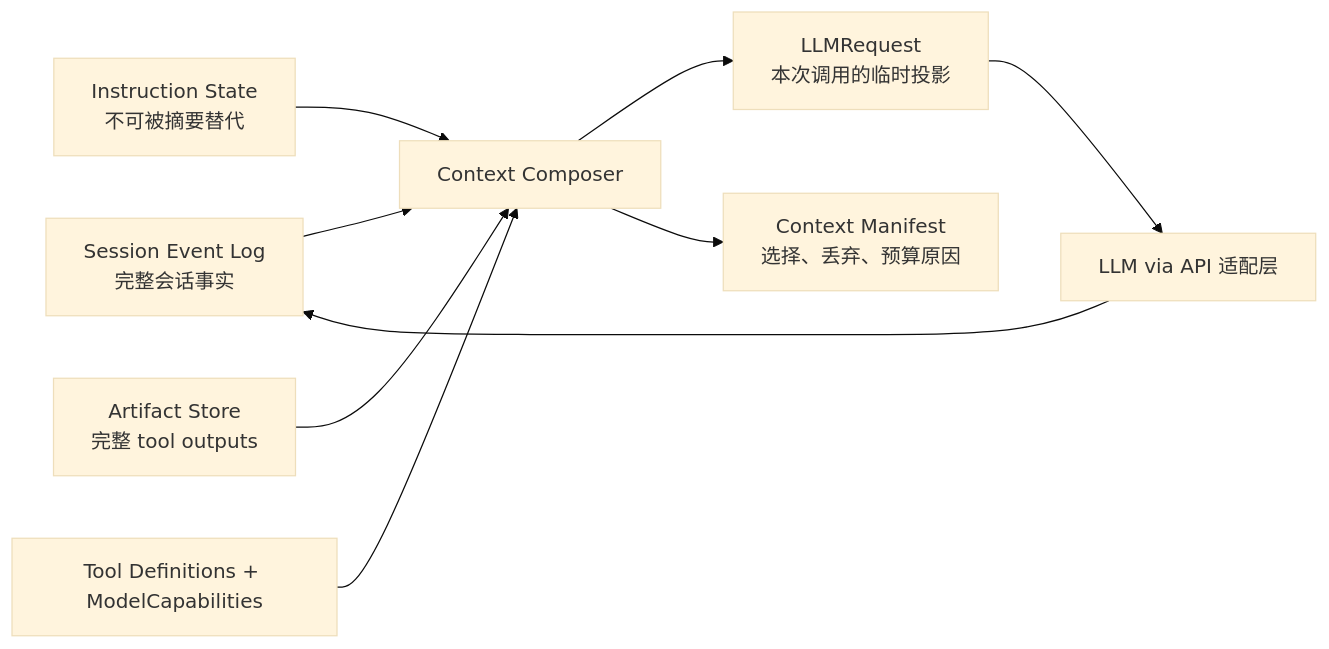
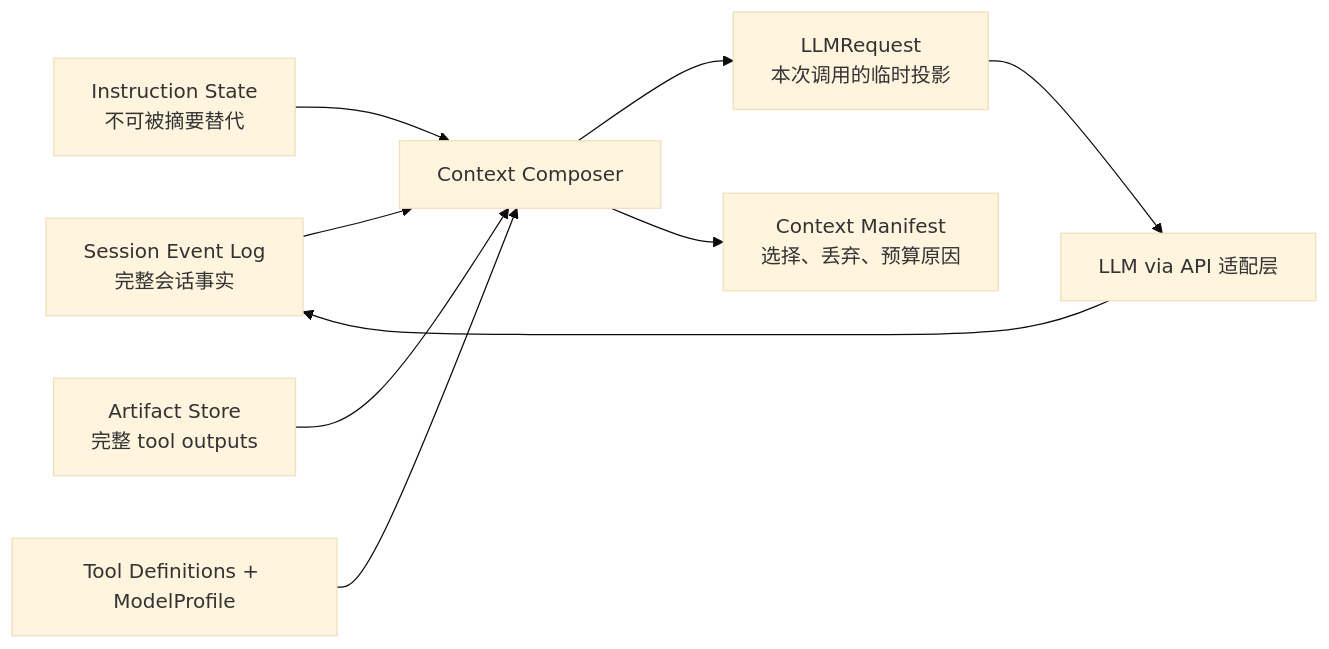
Before and after one commit to chendpoc/moontide: the diagram in docs/notes/context-analysis.md, drawn with Mermaid (base theme). The commit also changed other lines of this file and 142 other files, not shown here.

````diff
--- a/docs/notes/context-analysis.md
+++ b/docs/notes/context-analysis.md
@@ -5,11 +5,11 @@
 ```mermaid
 flowchart LR
     SEL["Session Event Log<br/>完整会话事实"] --> C["Context Composer"]
     I["Instruction State<br/>不可被摘要替代"] --> C
     A["Artifact Store<br/>完整 tool outputs"] --> C
-    TD["Tool Definitions + ModelCapabilities"] --> C
+    TD["Tool Definitions + ModelProfile"] --> C
     C --> P["LLMRequest<br/>本次调用的临时投影"]
     C --> M["Context Manifest<br/>选择、丢弃、预算原因"]
     P --> L["LLM via API 适配层"]
     L --> SEL
 ```
````
